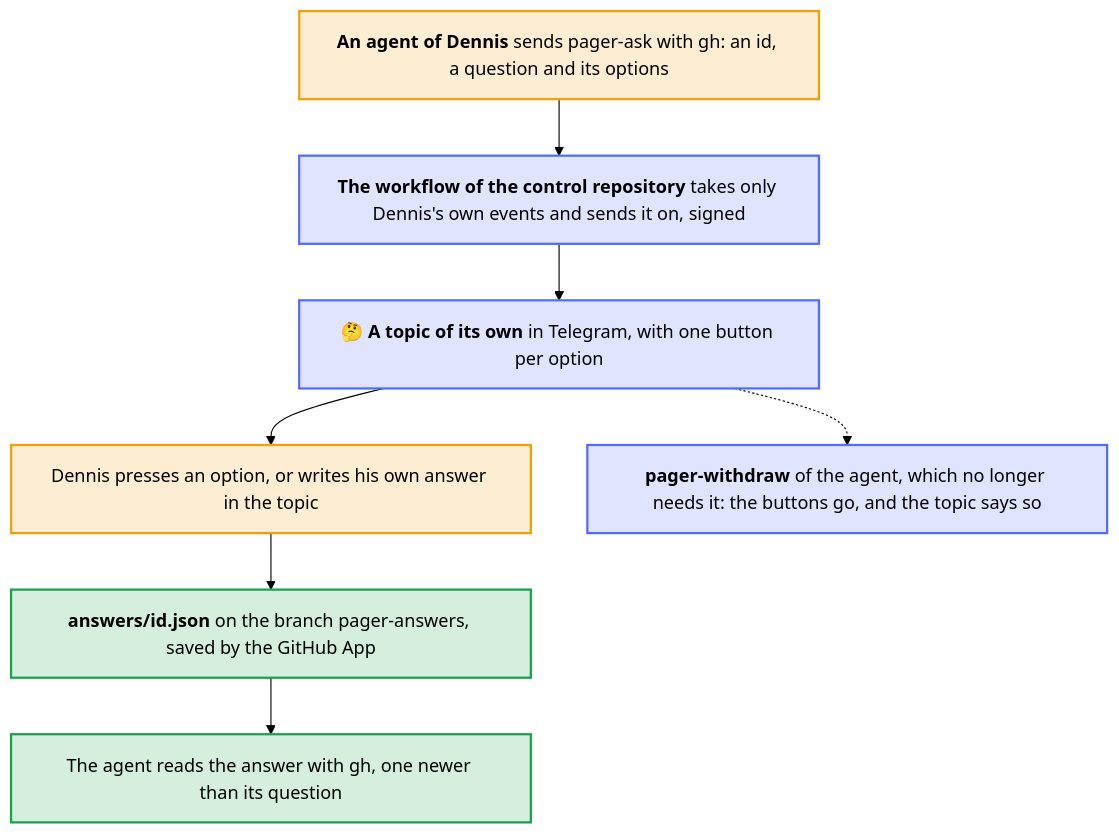
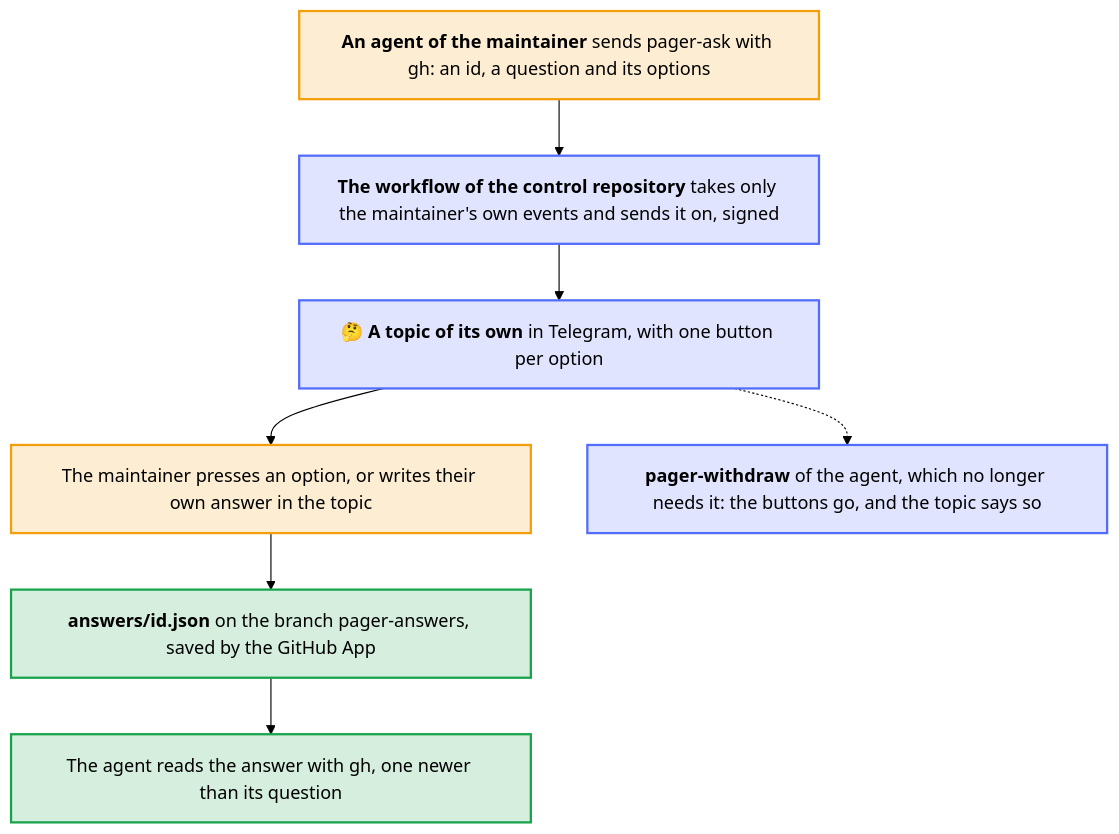
One commit to Dennis-Otto/dennis-otto-pager changed the diagram in docs/diagrams/a-question-of-an-agent.mmd. Above: the diagram before and after it, drawn with Mermaid (forest theme). The commit also changed 146 other files, not shown here.

First line of the commit message:
feat: Dennis Otto Pager is now Repo Pager, a pager that anyone runs for their own repositories (#110)

```diff
--- a/docs/diagrams/a-question-of-an-agent.mmd
+++ b/docs/diagrams/a-question-of-an-agent.mmd
@@ -1,26 +1,26 @@
 ---
 config:
   flowchart:
     wrappingWidth: 400
 ---
 flowchart TB
     accTitle: A question of an agent
-    accDescr: An agent of Dennis, such as an orchestrator on his PC, sends the event pager-ask with gh to the private control repository, with an id, a question and two to four options. Its workflow takes only an event of Dennis himself, checks it and sends it to the Worker, signed. The pager opens a topic for the question, with one button per option. Dennis presses one, or writes his own answer in the topic, and the GitHub App saves it as answers/id.json on the branch pager-answers of the control repository. The agent reads it there with gh, without a secret of its own, and wait takes only an answer newer than the question. An agent that no longer needs the answer sends pager-withdraw: the buttons go, and the topic says that it took the question back.
+    accDescr: An agent of the maintainer, such as an orchestrator on their PC, sends the event pager-ask with gh to the private control repository, with an id, a question and two to four options. Its workflow takes only an event of the maintainer, checks it and sends it to the Worker, signed. The pager opens a topic for the question, with one button per option. The maintainer presses one, or writes their own answer in the topic, and the GitHub App saves it as answers/id.json on the branch pager-answers of the control repository. The agent reads it there with gh, without a secret of its own, and wait takes only an answer newer than the question. An agent that no longer needs the answer sends pager-withdraw: the buttons go, and the topic says that it took the question back.
 
-    agent["`**An agent of Dennis** sends pager-ask with gh: an id, a question and its options`"]
-    control["`**The workflow of the control repository** takes only Dennis's own events and sends it on, signed`"]
+    agent["`**An agent of the maintainer** sends pager-ask with gh: an id, a question and its options`"]
+    control["`**The workflow of the control repository** takes only the maintainer's own events and sends it on, signed`"]
     topic["`**🤔 A topic of its own** in Telegram, with one button per option`"]
-    press["Dennis presses an option, or writes his own answer in the topic"]
+    press["The maintainer presses an option, or writes their own answer in the topic"]
     saved["`**answers/id.json** on the branch pager-answers, saved by the GitHub App`"]
     read["The agent reads the answer with gh, one newer than its question"]
     back["`**pager-withdraw** of the agent, which no longer needs it: the buttons go, and the topic says so`"]
 
     agent --> control --> topic --> press --> saved --> read
     topic -.-> back
 
     classDef you fill:#f59e0b2e,stroke:#f59e0b,stroke-width:2px
     classDef bot fill:#526cfe2e,stroke:#526cfe,stroke-width:2px
     classDef done fill:#16a34a2e,stroke:#16a34a,stroke-width:2px
     class agent,press you
     class control,topic,back bot
     class saved,read done
```
